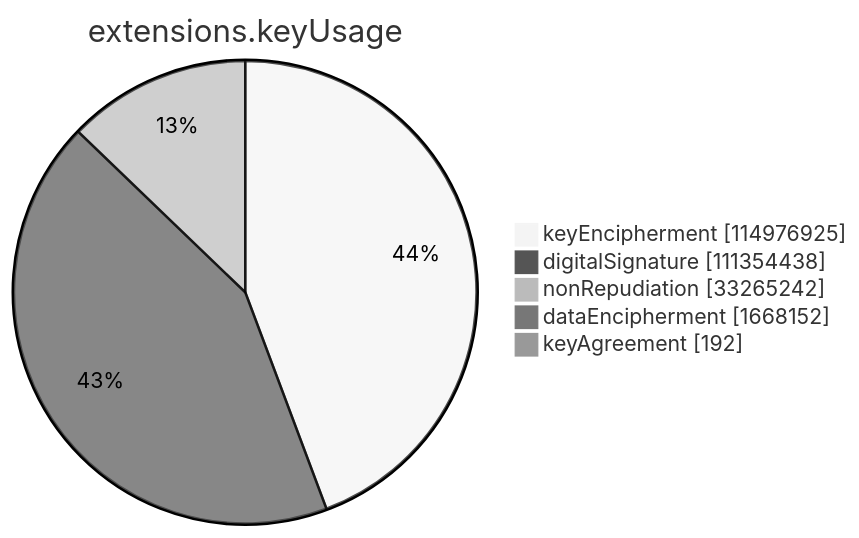
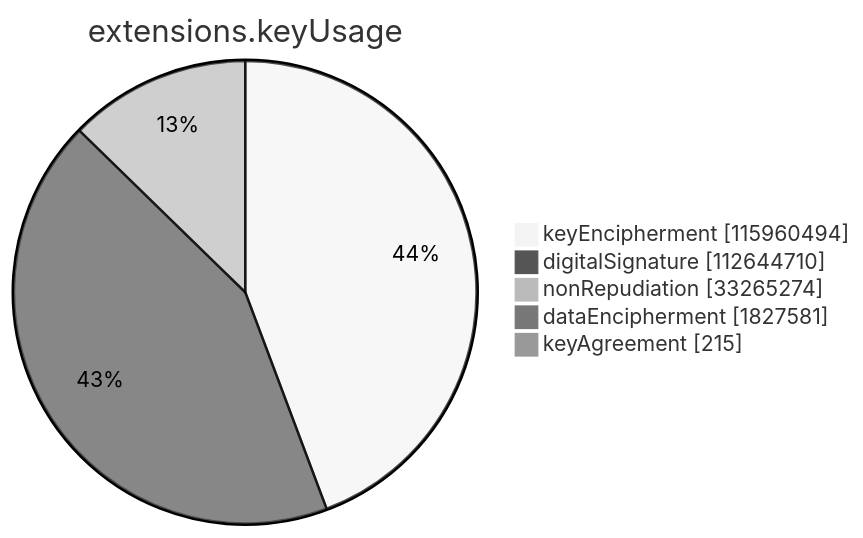
One commit to christiankrug/ctmonitor_visualization changed the sixth of 15 diagrams in xenon2023/README.md. Above: the diagram before and after it, drawn with Mermaid (neutral theme). The commit also changed other lines of this file, not shown here.

````diff
--- a/xenon2023/README.md
+++ b/xenon2023/README.md
@@ -2136,9 +2137,9 @@
 ```mermaid
 pie showData
 title extensions.keyUsage
-"keyEncipherment" :114976925
-"digitalSignature" :111354438
-"nonRepudiation" :33265242
-"dataEncipherment" :1668152
-"keyAgreement" :192
+"keyEncipherment" :115960494
+"digitalSignature" :112644710
+"nonRepudiation" :33265274
+"dataEncipherment" :1827581
+"keyAgreement" :215
 ```
````
